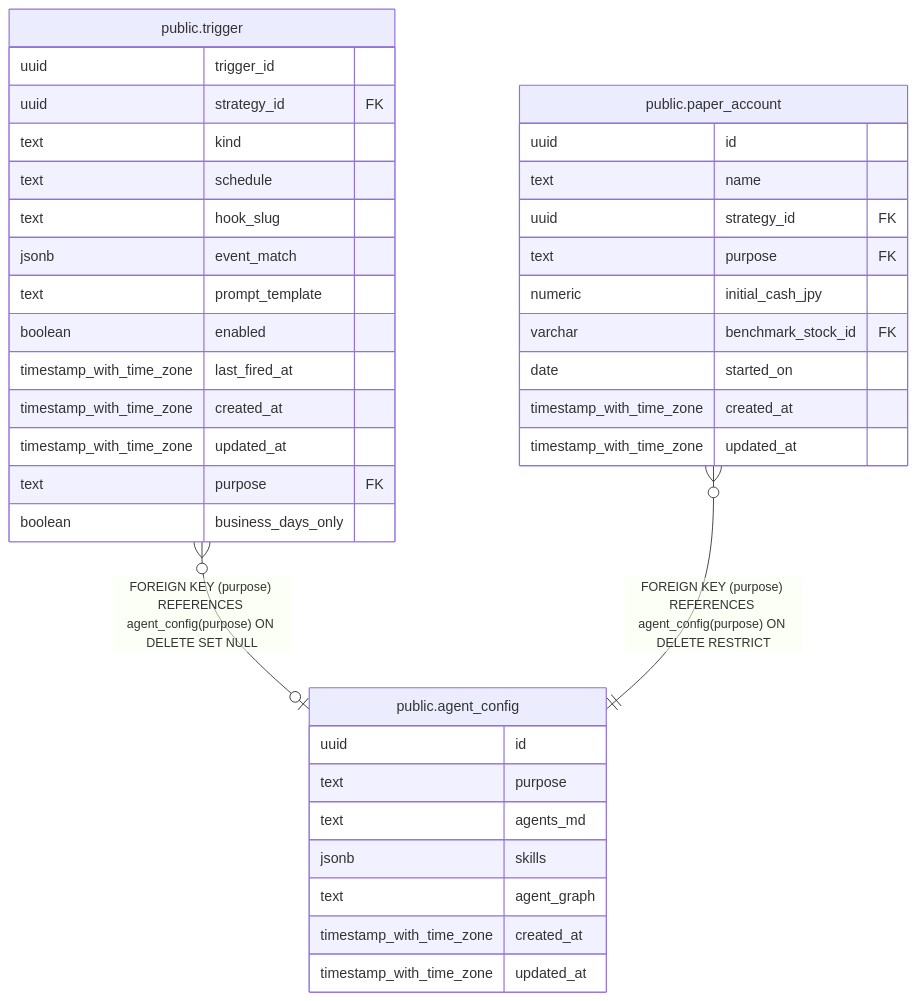
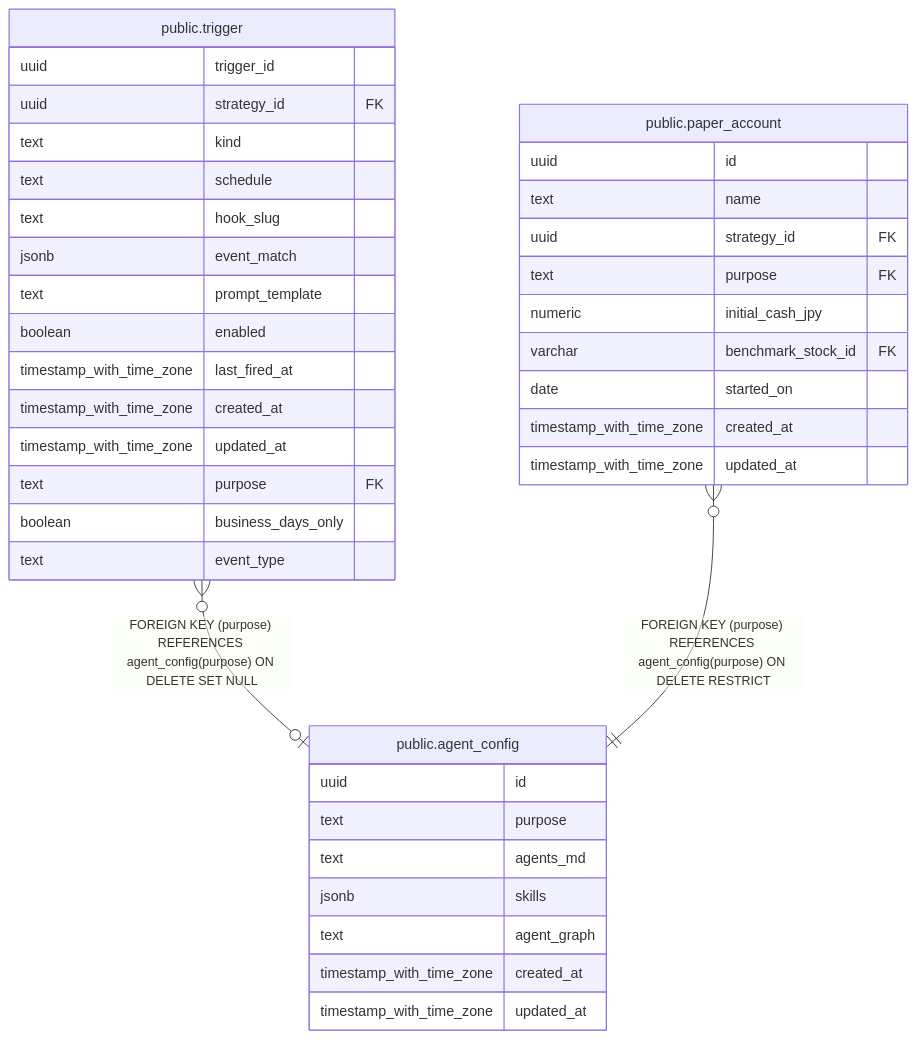
The diagram in backend/docs/db/public.agent_config.md (fohte/t-rader), drawn with Mermaid before and after one commit. The commit also changed 34 other files, not shown here.

````diff
--- a/backend/docs/db/public.agent_config.md
+++ b/backend/docs/db/public.agent_config.md
@@ -35,42 +35,43 @@
 ```mermaid
 erDiagram
 
 "public.trigger" }o--o| "public.agent_config" : "FOREIGN KEY (purpose) REFERENCES agent_config(purpose) ON DELETE SET NULL"
 "public.paper_account" }o--|| "public.agent_config" : "FOREIGN KEY (purpose) REFERENCES agent_config(purpose) ON DELETE RESTRICT"
 
 "public.agent_config" {
   uuid id
   text purpose
   text agents_md
   jsonb skills
   text agent_graph
   timestamp_with_time_zone created_at
   timestamp_with_time_zone updated_at
 }
 "public.trigger" {
   uuid trigger_id
   uuid strategy_id FK
   text kind
   text schedule
   text hook_slug
   jsonb event_match
   text prompt_template
   boolean enabled
   timestamp_with_time_zone last_fired_at
   timestamp_with_time_zone created_at
   timestamp_with_time_zone updated_at
   text purpose FK
   boolean business_days_only
+  text event_type
 }
 "public.paper_account" {
   uuid id
   text name
   uuid strategy_id FK
   text purpose FK
   numeric initial_cash_jpy
   varchar benchmark_stock_id FK
   date started_on
   timestamp_with_time_zone created_at
   timestamp_with_time_zone updated_at
 }
 ```
````
